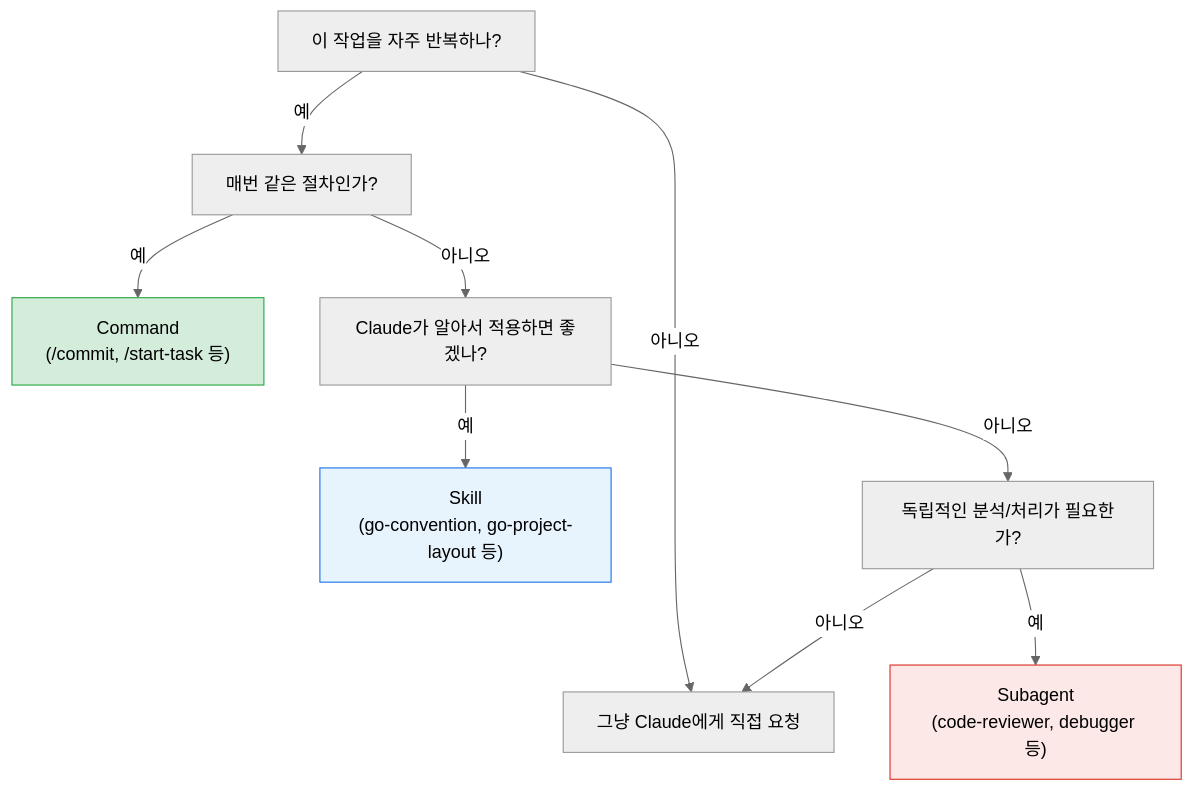
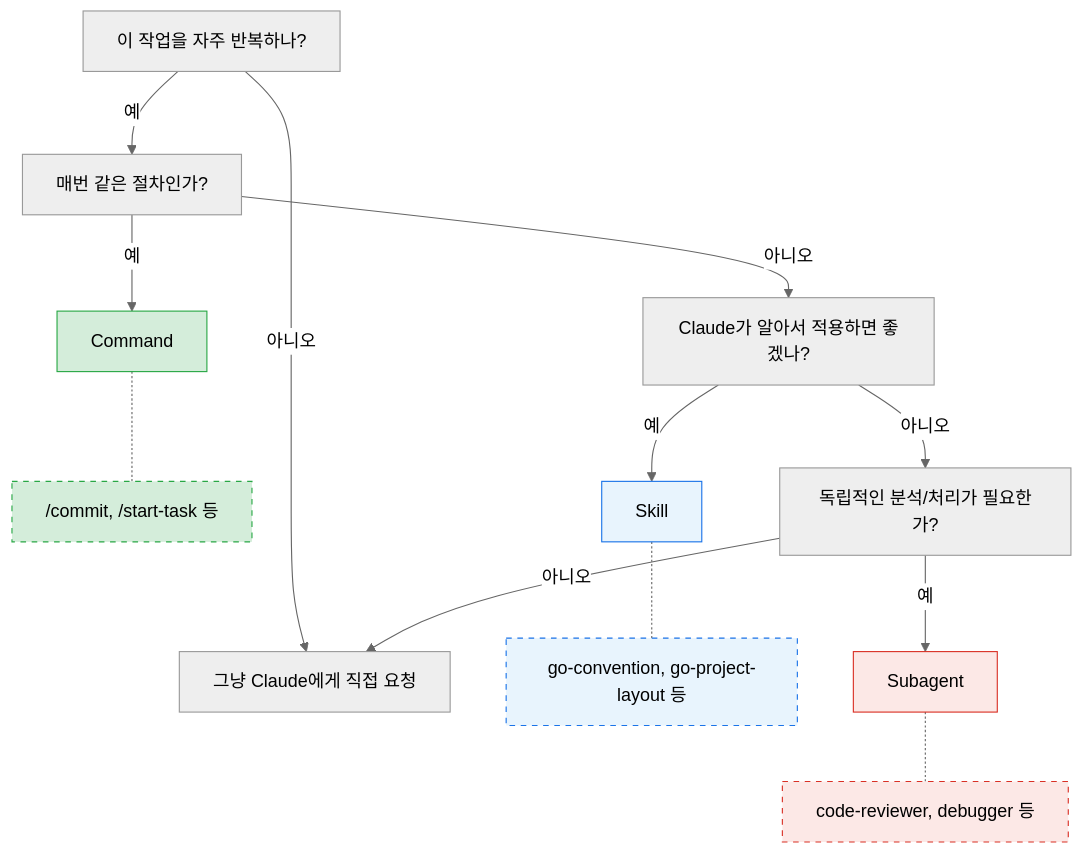
One commit to kenshin579/blog-v2.advenoh.pe.kr changed the second of 2 diagrams in contents/ai/claude-code-확장-기능-완벽-가이드-command-skill-subagent/index.md. Above: the diagram before and after it, drawn with Mermaid (neutral theme). The commit also changed other lines of this file, not shown here.

Commit message:
[docs] Mermaid 다이어그램 호환성 수정 (#424)
* 의사결정 트리: \n → 노드 분리 방식으로 변경 (블로그 렌더러 호환)
* 분석/실행 흐름도: @{ shape: rounded } → () 괄호 문법으로 변경 (GoLand 플러그인 호환)

````diff
--- a/contents/ai/claude-code-확장-기능-완벽-가이드-command-skill-subagent/index.md
+++ b/contents/ai/claude-code-확장-기능-완벽-가이드-command-skill-subagent/index.md
@@ -758,15 +755,21 @@
 ```mermaid
 flowchart TD
     A["이 작업을 자주 반복하나?"] -- 아니오 --> B["그냥 Claude에게 직접 요청"]
     A -- 예 --> C["매번 같은 절차인가?"]
-    C -- 예 --> D["Command\n(/commit, /start-task 등)"]
+    C -- 예 --> D["Command"]
+    D -.- D1["/commit, /start-task 등"]
     C -- 아니오 --> E["Claude가 알아서 적용하면 좋겠나?"]
-    E -- 예 --> F["Skill\n(go-convention, go-project-layout 등)"]
+    E -- 예 --> F["Skill"]
+    F -.- F1["go-convention, go-project-layout 등"]
     E -- 아니오 --> G["독립적인 분석/처리가 필요한가?"]
-    G -- 예 --> H["Subagent\n(code-reviewer, debugger 등)"]
+    G -- 예 --> H["Subagent"]
+    H -.- H1["code-reviewer, debugger 등"]
     G -- 아니오 --> B
 
     style D fill:#d4edda,stroke:#28a745
+    style D1 fill:#d4edda,stroke:#28a745,stroke-dasharray: 5 5
     style F fill:#e8f4fd,stroke:#1a73e8
+    style F1 fill:#e8f4fd,stroke:#1a73e8,stroke-dasharray: 5 5
     style H fill:#fce8e6,stroke:#d93025
+    style H1 fill:#fce8e6,stroke:#d93025,stroke-dasharray: 5 5
 ```
````
